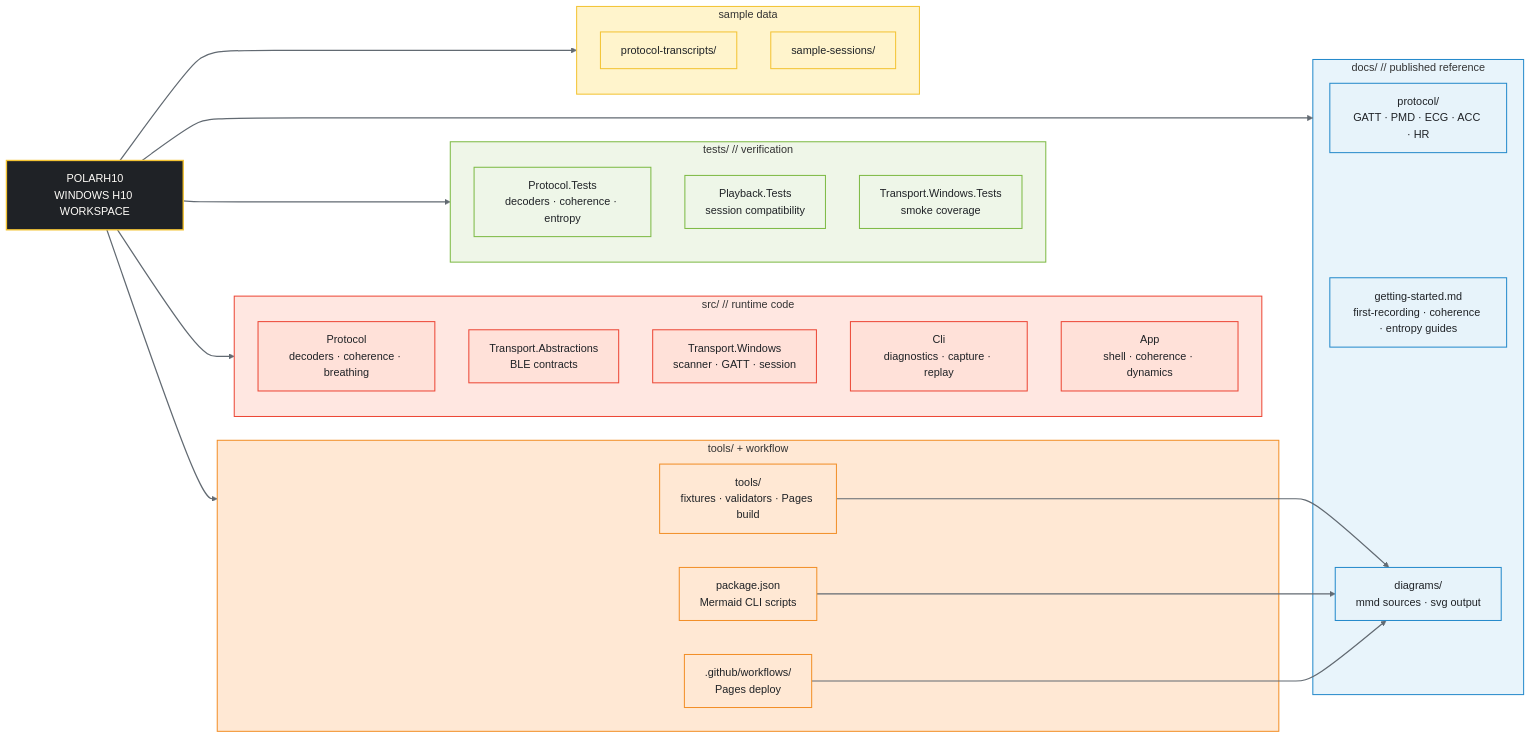
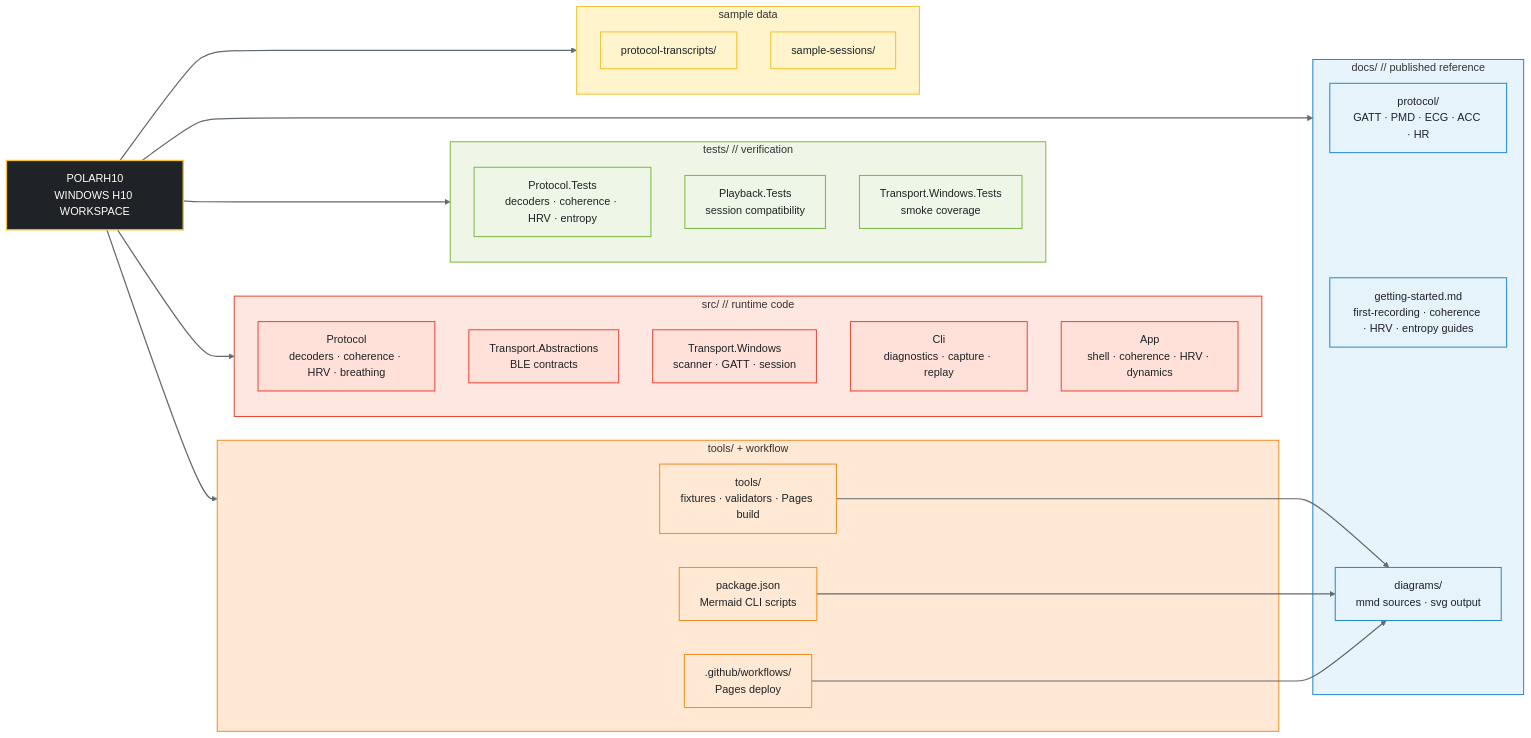
The first of 3 diagrams in README.md (MesmerPrism/PolarH10), drawn with Mermaid before and after one commit. The commit also changed other lines of this file and 29 other files, not shown here.

````diff
--- a/README.md
+++ b/README.md
@@ -185,64 +191,64 @@
 ```mermaid
 flowchart LR
     R["POLARH10<br/>WINDOWS H10 WORKSPACE"]
 
     subgraph Source["src/ // runtime code"]
-        P1["Protocol<br/>decoders · coherence · breathing"]
+        P1["Protocol<br/>decoders · coherence · HRV · breathing"]
         P2["Transport.Abstractions<br/>BLE contracts"]
         P3["Transport.Windows<br/>scanner · GATT · session"]
         P4["Cli<br/>diagnostics · capture · replay"]
-        P5["App<br/>shell · coherence · dynamics"]
+        P5["App<br/>shell · coherence · HRV · dynamics"]
     end
 
     subgraph Tests["tests/ // verification"]
-        T1["Protocol.Tests<br/>decoders · coherence · entropy"]
+        T1["Protocol.Tests<br/>decoders · coherence · HRV · entropy"]
         T2["Playback.Tests<br/>session compatibility"]
         T3["Transport.Windows.Tests<br/>smoke coverage"]
     end
 
     subgraph Docs["docs/ // published reference"]
         D1["protocol/<br/>GATT · PMD · ECG · ACC · HR"]
-        D2["getting-started.md<br/>first-recording · coherence · entropy guides"]
+        D2["getting-started.md<br/>first-recording · coherence · HRV · entropy guides"]
         D3["diagrams/<br/>mmd sources · svg output"]
     end
 
     subgraph Tooling["tools/ + workflow"]
         TL1["tools/<br/>fixtures · validators · Pages build"]
         TL2["package.json<br/>Mermaid CLI scripts"]
         TL3[".github/workflows/<br/>Pages deploy"]
     end
 
     subgraph Samples["sample data"]
         S1["protocol-transcripts/"]
         S2["sample-sessions/"]
     end
 
     R --> Source
     R --> Tests
     R --> Docs
     R --> Tooling
     R --> Samples
     TL1 --> D3
     TL2 --> D3
     TL3 --> D3
 
     style Source fill:#FFE7E1,stroke:#EC4736,stroke-width:1.5px;
     style Tests fill:#EFF6E8,stroke:#7DBA44,stroke-width:1.5px;
     style Docs fill:#E8F4FB,stroke:#258ACB,stroke-width:1.5px;
     style Tooling fill:#FFE8D4,stroke:#F28F28,stroke-width:1.5px;
     style Samples fill:#FFF4CC,stroke:#F3C333,stroke-width:1.5px;
 
     classDef hub fill:#1F2226,stroke:#F3C333,color:#FFFDF9,stroke-width:2px;
     classDef source fill:#FFE1D9,stroke:#EC4736,color:#1F2226,stroke-width:1.5px;
     classDef tests fill:#EEF6E8,stroke:#7DBA44,color:#1F2226,stroke-width:1.5px;
     classDef docs fill:#E7F3FA,stroke:#258ACB,color:#1F2226,stroke-width:1.5px;
     classDef tooling fill:#FFE8D4,stroke:#F28F28,color:#1F2226,stroke-width:1.5px;
     classDef sample fill:#FFF4CC,stroke:#F3C333,color:#1F2226,stroke-width:1.5px;
     class R hub;
     class P1,P2,P3,P4,P5 source;
     class T1,T2,T3 tests;
     class D1,D2,D3 docs;
     class TL1,TL2,TL3 tooling;
     class S1,S2 sample;
     linkStyle default stroke:#626A72,stroke-width:1.8px;
 ```
````
